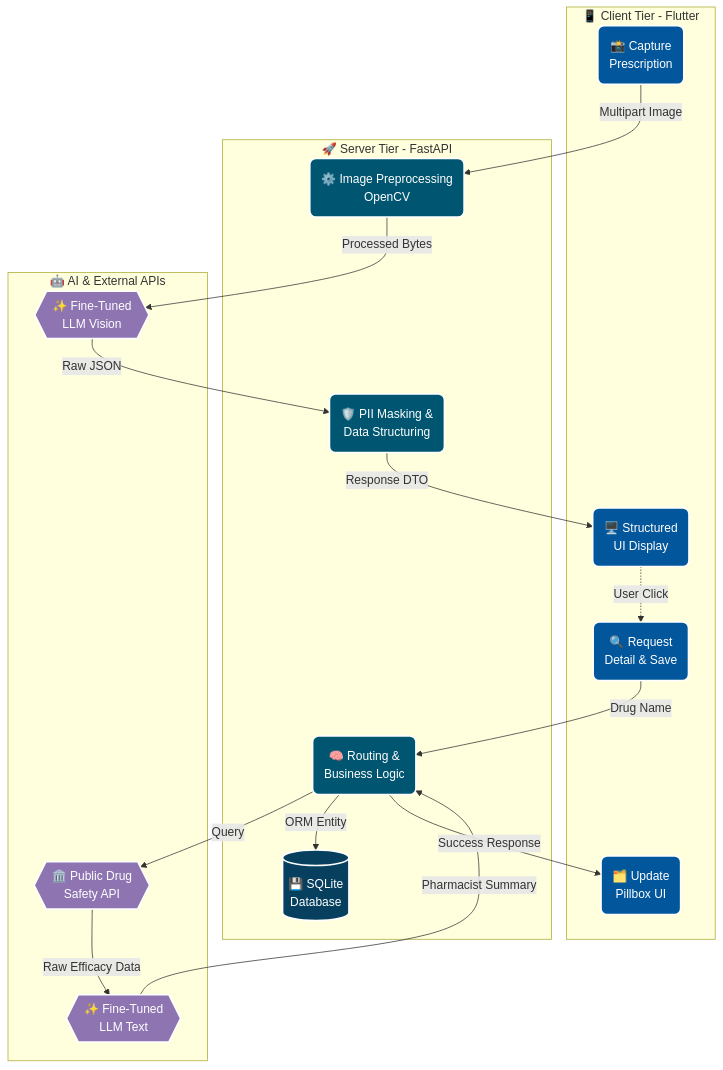
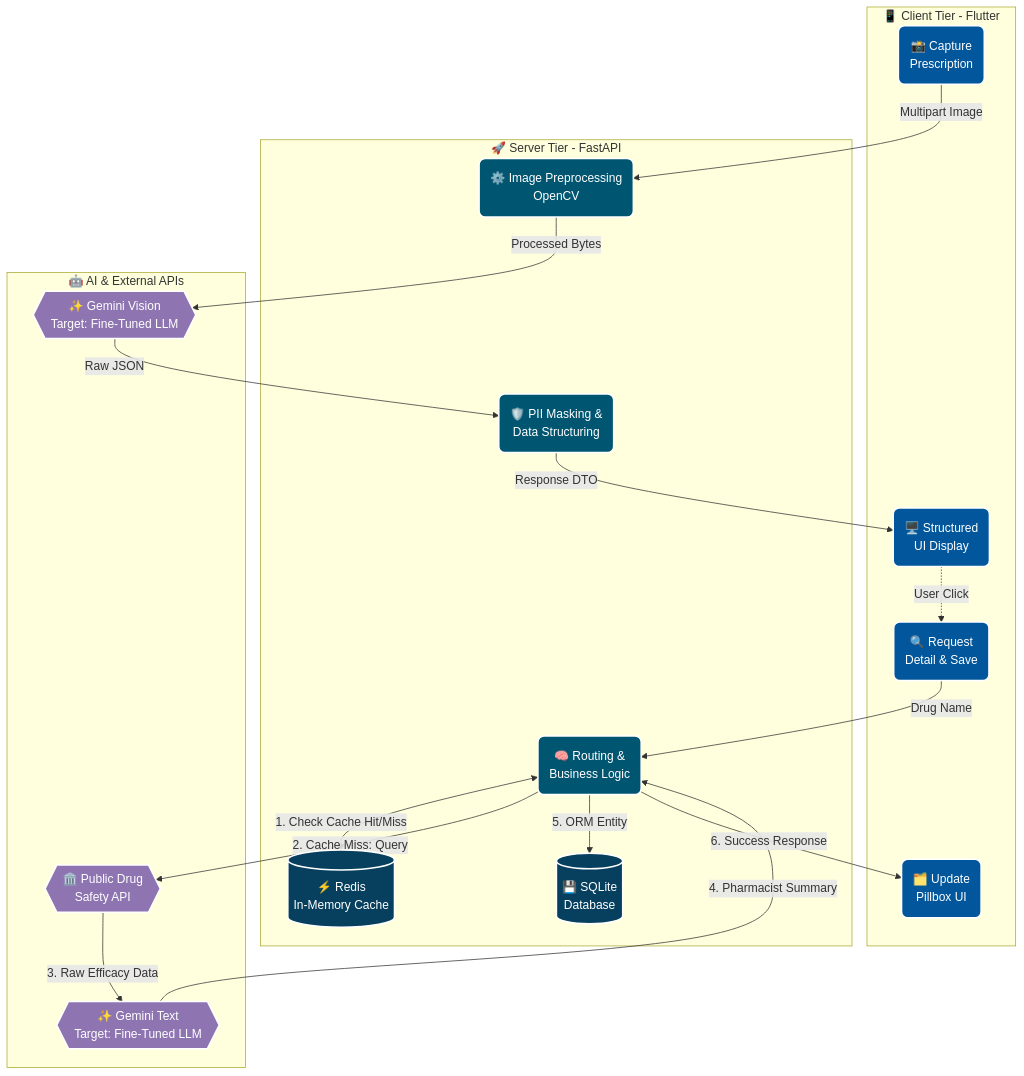
Before and after one commit to 1window2/MedBuddy: the first of 4 diagrams in README.md, drawn with Mermaid. The commit also changed other lines of this file, not shown here.

Commit message:
docs: update diagrams for new logic

````diff
--- a/README.md
+++ b/README.md
@@ -40,43 +40,45 @@
 ```mermaid
 flowchart TD
     %% Custom Styling
     classDef client fill:#02569B,stroke:#fff,stroke-width:2px,color:#fff,rx:8px,ry:8px
     classDef server fill:#005571,stroke:#fff,stroke-width:2px,color:#fff,rx:8px,ry:8px
     classDef ai fill:#8E75B2,stroke:#fff,stroke-width:2px,color:#fff,rx:8px,ry:8px
     classDef db fill:#07405e,stroke:#fff,stroke-width:2px,color:#fff,rx:8px,ry:8px
 
     subgraph Frontend [📱 Client Tier - Flutter]
         C1(📸 Capture<br/>Prescription):::client
         C2(🖥️ Structured<br/>UI Display):::client
         C3(🔍 Request<br/>Detail & Save):::client
         C4(🗂️ Update<br/>Pillbox UI):::client
     end
 
     subgraph Backend [🚀 Server Tier - FastAPI]
         S1(⚙️ Image Preprocessing<br/>OpenCV):::server
         S2(🛡️ PII Masking &<br/>Data Structuring):::server
         S3(🧠 Routing &<br/>Business Logic):::server
+        CACHE[(⚡ Redis<br/>In-Memory Cache)]:::db
         DB[(💾 SQLite<br/>Database)]:::db
     end
 
     subgraph External [🤖 AI & External APIs]
-        AI1{{✨ Fine-Tuned<br/>LLM Vision}}:::ai
+        AI1{{✨ Gemini Vision<br/>Target: Fine-Tuned LLM}}:::ai
         PUB{{🏛️ Public Drug<br/>Safety API}}:::ai
-        AI2{{✨ Fine-Tuned<br/>LLM Text}}:::ai
+        AI2{{✨ Gemini Text<br/>Target: Fine-Tuned LLM}}:::ai
     end
 
-    %% Flow 1: Vision Parsing (Current)
+    %% Flow 1: Vision Parsing
     C1 -->|Multipart Image| S1
     S1 -->|Processed Bytes| AI1
     AI1 -->|Raw JSON| S2
     S2 -->|Response DTO| C2
 
-    %% Flow 2: Detail & Save (Planned)
+    %% Flow 2: Detail & Save (Updated with Caching)
     C2 -.->|User Click| C3
     C3 -->|Drug Name| S3
-    S3 -->|Query| PUB
-    PUB -->|Raw Efficacy Data| AI2
-    AI2 -->|Pharmacist Summary| S3
-    S3 -->|ORM Entity| DB
-    S3 -->|Success Response| C4
+    S3 <-->|1. Check Cache Hit/Miss| CACHE
+    S3 -->|2. Cache Miss: Query| PUB
+    PUB -->|3. Raw Efficacy Data| AI2
+    AI2 -->|4. Pharmacist Summary| S3
+    S3 -->|5. ORM Entity| DB
+    S3 -->|6. Success Response| C4
 ```
````
